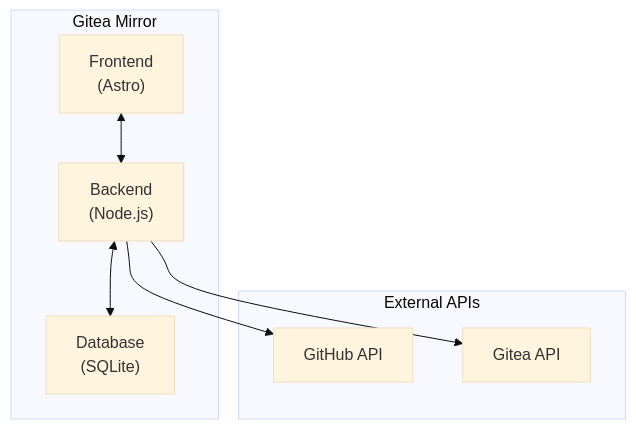
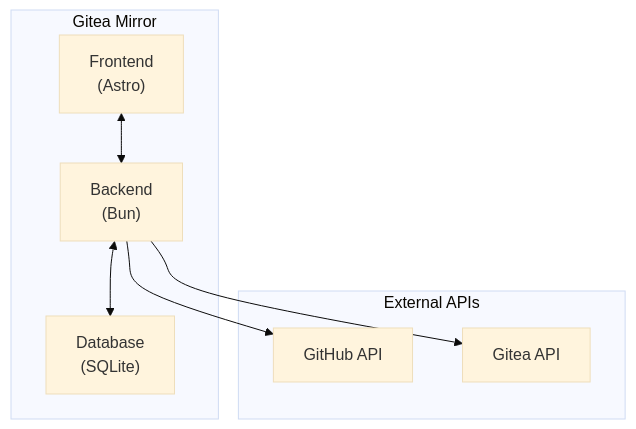
One commit to lllyyysss77/gitea-mirror changed the diagram in src/content/docs/architecture.md. Above: the diagram before and after it, drawn with Mermaid (base theme). The commit also changed other lines of this file and 6 other files, not shown here.

````diff
--- a/src/content/docs/architecture.md
+++ b/src/content/docs/architecture.md
@@ -29,19 +29,19 @@
 ```mermaid
 graph TD
     subgraph "Gitea Mirror"
         Frontend["Frontend<br/>(Astro)"]
-        Backend["Backend<br/>(Node.js)"]
+        Backend["Backend<br/>(Bun)"]
         Database["Database<br/>(SQLite)"]
 
         Frontend <--> Backend
         Backend <--> Database
     end
 
     subgraph "External APIs"
         GitHub["GitHub API"]
         Gitea["Gitea API"]
     end
 
     Backend --> GitHub
     Backend --> Gitea
 ```
````
